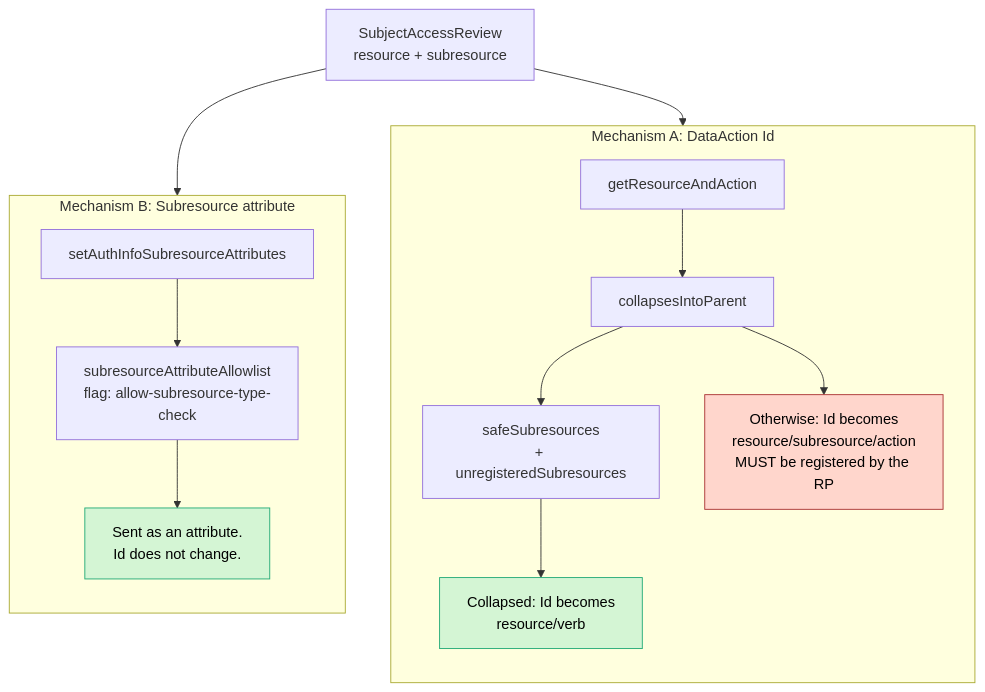
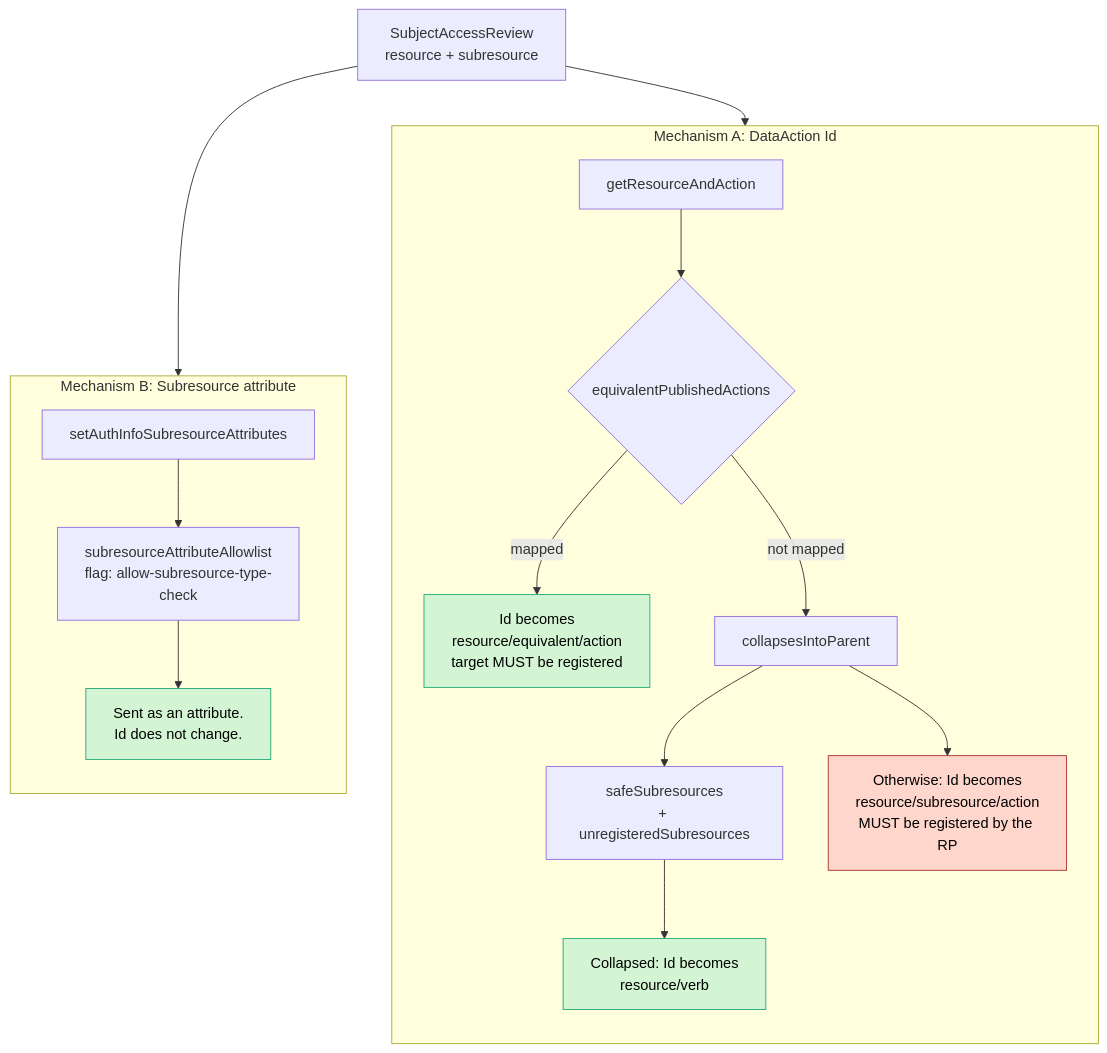
One commit to Azure/guard changed the third of 3 diagrams in authz/providers/azure/README.md. Above: the diagram before and after it, drawn with Mermaid. The commit also changed other lines of this file and 2 other files, not shown here.

First line of the commit message:
fix: map privileged subresources onto published DataActions

````diff
--- a/authz/providers/azure/README.md
+++ b/authz/providers/azure/README.md
@@ -292,23 +301,26 @@
 ```mermaid
 flowchart TD
     SAR["SubjectAccessReview<br/>resource + subresource"] --> C1
     SAR --> D1
 
     subgraph M1["Mechanism A: DataAction Id"]
         direction TB
-        C1[getResourceAndAction] --> C2[collapsesIntoParent]
+        C1[getResourceAndAction] --> C0{equivalentPublishedActions}
+        C0 -->|mapped| C0a["Id becomes<br/>resource/equivalent/action<br/>target MUST be registered"]
+        C0 -->|not mapped| C2[collapsesIntoParent]
         C2 --> C2a["safeSubresources<br/>+ unregisteredSubresources"]
         C2a --> C3["Collapsed: Id becomes<br/>resource/verb"]
         C2 --> C4["Otherwise: Id becomes<br/>resource/subresource/action<br/>MUST be registered by the RP"]
     end
 
     subgraph M2["Mechanism B: Subresource attribute"]
         direction TB
         D1[setAuthInfoSubresourceAttributes] --> D2["subresourceAttributeAllowlist<br/>flag: allow-subresource-type-check"]
         D2 --> D3["Sent as an attribute.<br/>Id does not change."]
     end
 
     style C3 fill:#d4f5d4,stroke:#2a7,color:#000
+    style C0a fill:#d4f5d4,stroke:#2a7,color:#000
     style C4 fill:#ffd6cc,stroke:#a33,color:#000
     style D3 fill:#d4f5d4,stroke:#2a7,color:#000
 ```
````
